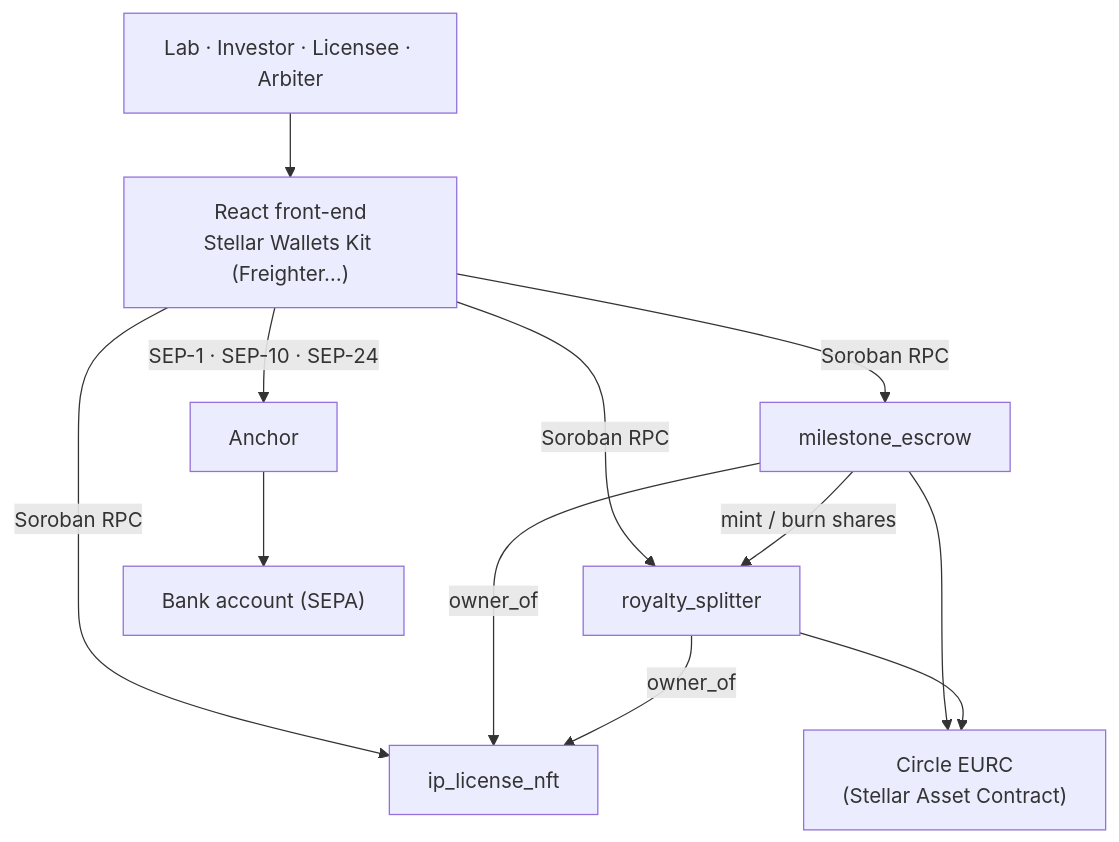
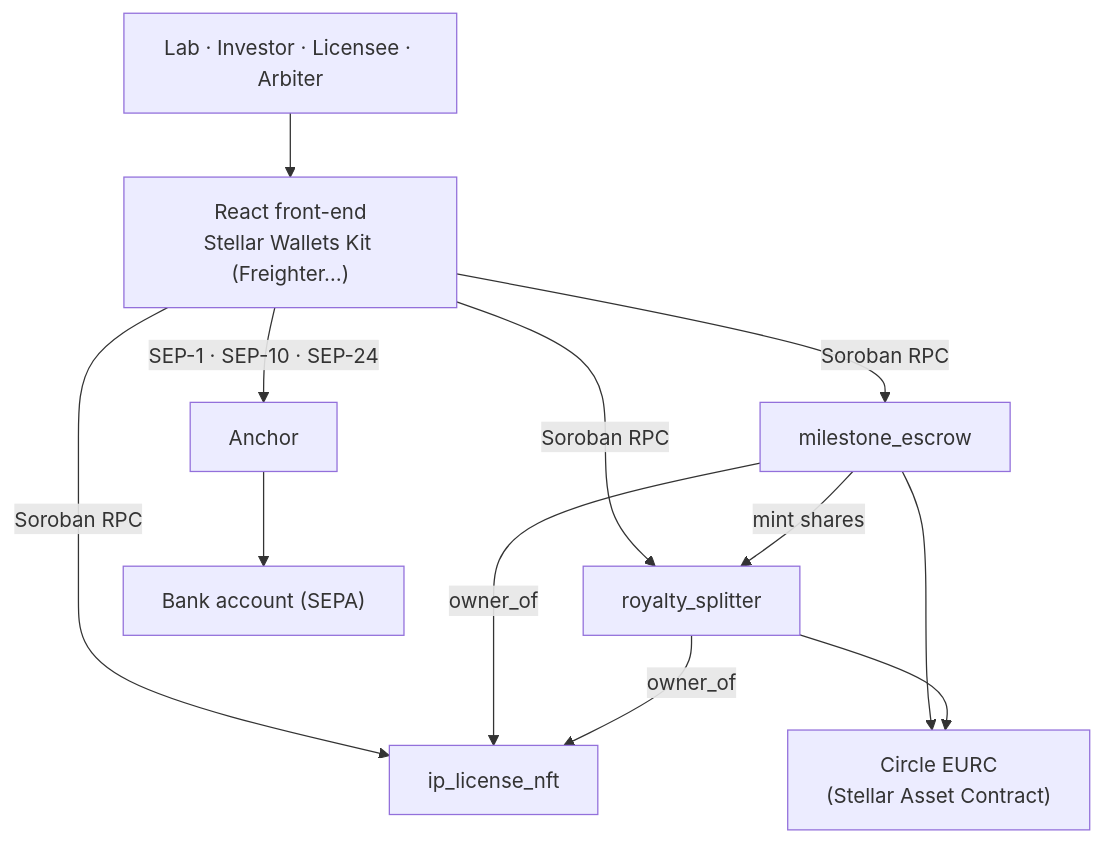
One commit to Team-hackmeridian-2026/Hackmeridian2026 changed the diagram in README.md. Above: the diagram before and after it, drawn with Mermaid. The commit also changed 3 other files, not shown here.

First line of the commit message:
Remove the unused burn_shares from the splitter

````diff
--- a/README.md
+++ b/README.md
@@ -73,14 +73,14 @@
 ```mermaid
 flowchart TB
     U["Lab · Investor · Licensee · Arbiter"] --> F["React front-end<br/>Stellar Wallets Kit (Freighter…)"]
     F -->|"Soroban RPC"| NFT["ip_license_nft"]
     F -->|"Soroban RPC"| ESC["milestone_escrow"]
     F -->|"Soroban RPC"| SPL["royalty_splitter"]
-    ESC -->|"mint / burn shares"| SPL
+    ESC -->|"mint shares"| SPL
     ESC -->|"owner_of"| NFT
     SPL -->|"owner_of"| NFT
     ESC --> EURC["Circle EURC<br/>(Stellar Asset Contract)"]
     SPL --> EURC
     F -->|"SEP-1 · SEP-10 · SEP-24"| A["Anchor"]
     A --> B["Bank account (SEPA)"]
 ```
````
